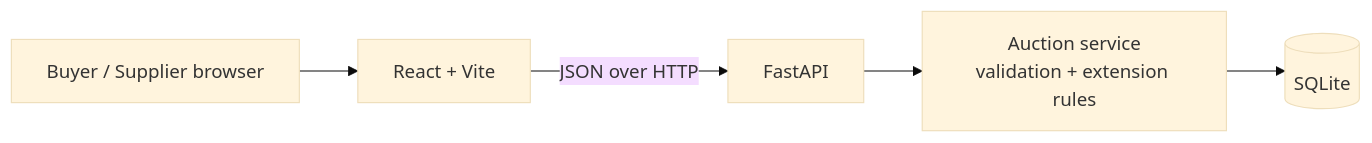
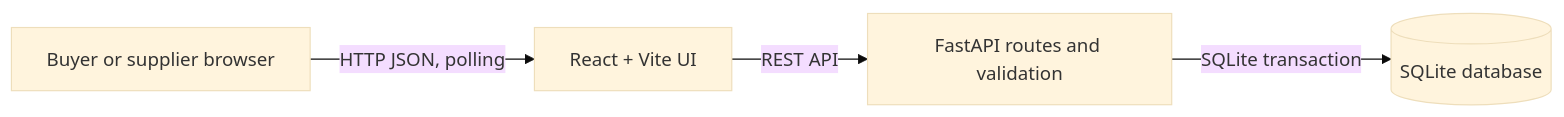
The diagram in README.md (utkarshgupta2804/GoComet-Assg), drawn with Mermaid (base theme) before and after one commit. The commit also changed other lines of this file and 16 other files, not shown here.

````diff
--- a/README.md
+++ b/README.md
@@ -29,7 +18,6 @@
 ```mermaid
 flowchart LR
-  Buyer[Buyer / Supplier browser] --> UI[React + Vite]
-  UI -->|JSON over HTTP| API[FastAPI]
-  API --> S[Auction service\nvalidation + extension rules]
-  S --> DB[(SQLite)]
+  Browser[Buyer or supplier browser] -->|HTTP JSON, polling| React[React + Vite UI]
+  React -->|REST API| FastAPI[FastAPI routes and validation]
+  FastAPI -->|SQLite transaction| DB[(SQLite database)]
 ```
````
